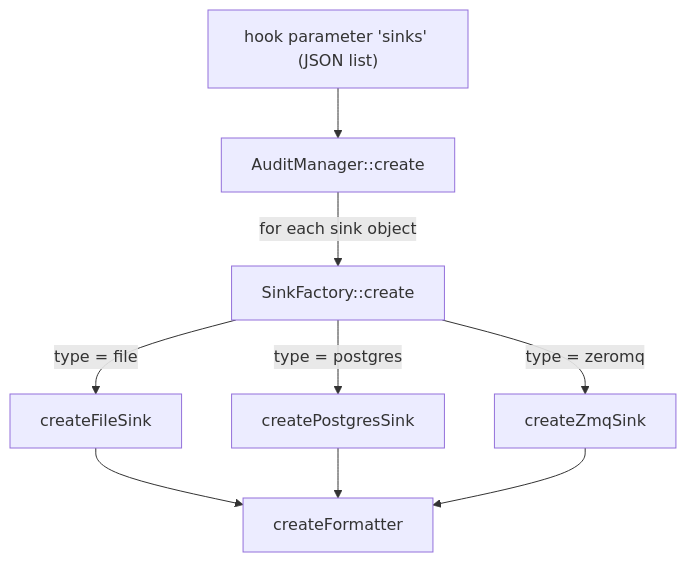
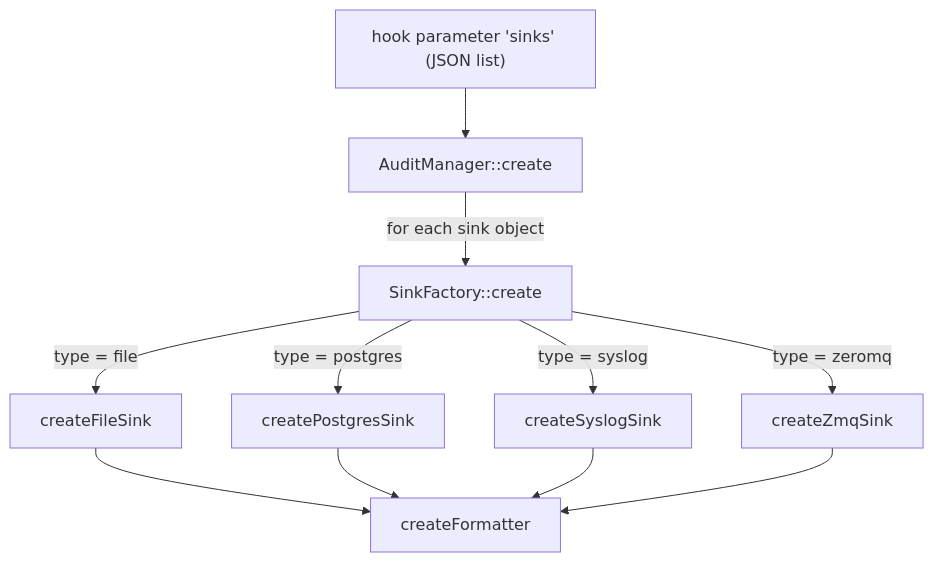
Before and after one commit to solvationab/KeaLogHook: the second of 2 diagrams in docs/architecture.md, drawn with Mermaid. The commit also changed other lines of this file and 12 other files, not shown here.

Commit message:
Add syslog sink implementation with configuration options; update documentation and examples

````diff
--- a/docs/architecture.md
+++ b/docs/architecture.md
@@ -97,11 +98,13 @@
 ```mermaid
 flowchart TD
     P["hook parameter 'sinks' (JSON list)"] --> M[AuditManager::create]
     M -->|for each sink object| F[SinkFactory::create]
     F -->|"type = file"| FS[createFileSink]
     F -->|"type = postgres"| PS[createPostgresSink]
+    F -->|"type = syslog"| SS[createSyslogSink]
     F -->|"type = zeromq"| ZS[createZmqSink]
     FS --> CF[createFormatter]
     PS --> CF
+    SS --> CF
     ZS --> CF
 ```
````
